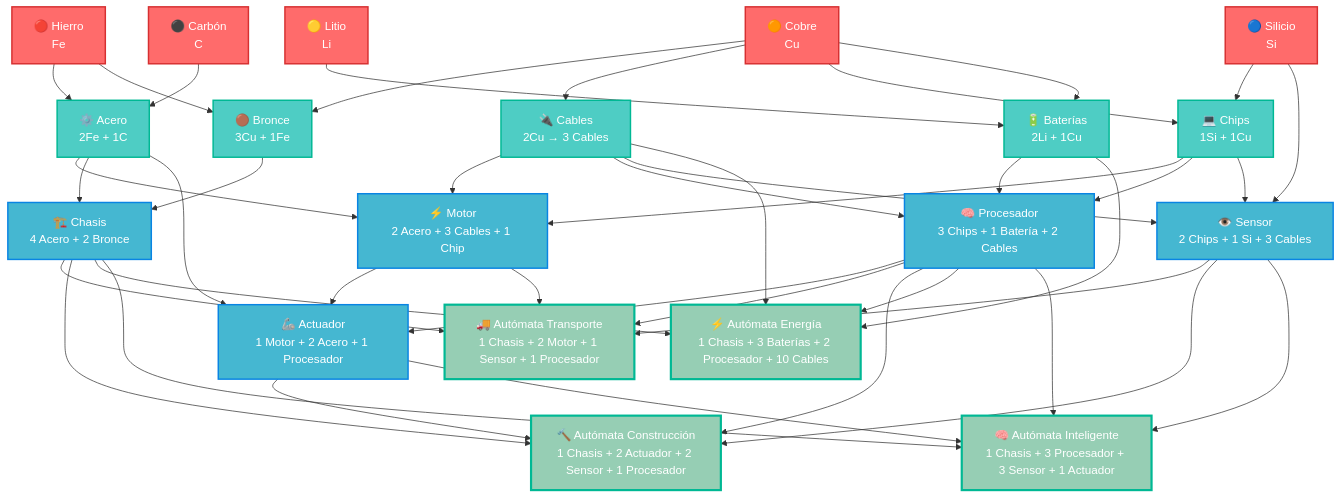
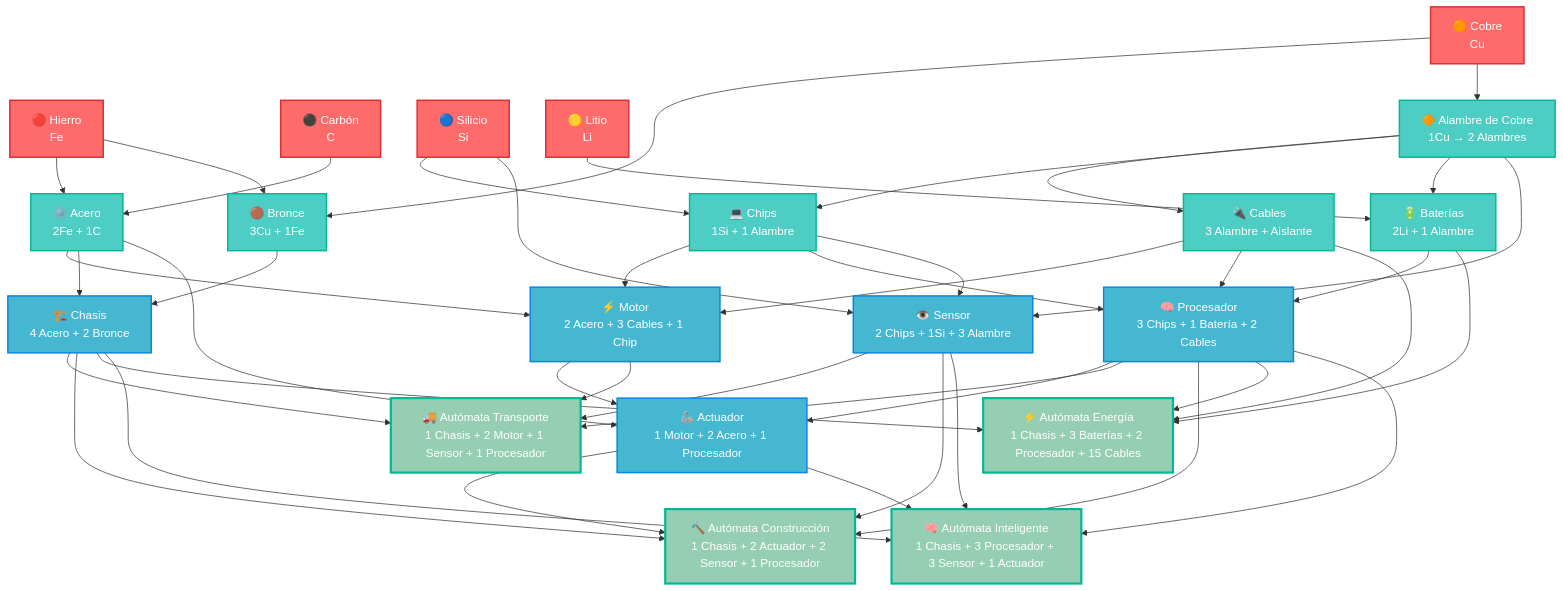
The first of 3 diagrams in docs/assets/materials-tree.md (dchaves80/Automata1.0), drawn with Mermaid before and after one commit. The commit also changed other lines of this file, not shown here.

Commit message:
🔧 Separate Copper Wire and Cables into distinct products: Updated materials transformation tree, production flow, economic values, and machine specifications - Enhanced production chain complexity and realism

````diff
--- a/docs/assets/materials-tree.md
+++ b/docs/assets/materials-tree.md
@@ -20,21 +20,22 @@
     %% Materiales Procesados (Tier 2)
     Acero[⚙️ Acero<br/>2Fe + 1C]
     Bronce[🟤 Bronce<br/>3Cu + 1Fe]
-    Cables[🔌 Cables<br/>2Cu → 3 Cables]
-    Chips[💻 Chips<br/>1Si + 1Cu]
-    Baterias[🔋 Baterías<br/>2Li + 1Cu]
+    AlambreCobre[🔶 Alambre de Cobre<br/>1Cu → 2 Alambres]
+    Cables[🔌 Cables<br/>3 Alambre + Aislante]
+    Chips[💻 Chips<br/>1Si + 1 Alambre]
+    Baterias[🔋 Baterías<br/>2Li + 1 Alambre]
     
     %% Componentes Avanzados (Tier 3)
     Motor[⚡ Motor<br/>2 Acero + 3 Cables + 1 Chip]
     Procesador[🧠 Procesador<br/>3 Chips + 1 Batería + 2 Cables]
     Chasis[🏗️ Chasis<br/>4 Acero + 2 Bronce]
-    Sensor[👁️ Sensor<br/>2 Chips + 1 Si + 3 Cables]
+    Sensor[👁️ Sensor<br/>2 Chips + 1Si + 3 Alambre]
     Actuador[🦾 Actuador<br/>1 Motor + 2 Acero + 1 Procesador]
     
     %% Autómatas (Tier 4)
     AutoTransporte[🚚 Autómata Transporte<br/>1 Chasis + 2 Motor + 1 Sensor + 1 Procesador]
     AutoConstruccion[🔨 Autómata Construcción<br/>1 Chasis + 2 Actuador + 2 Sensor + 1 Procesador]
-    AutoEnergia[⚡ Autómata Energía<br/>1 Chasis + 3 Baterías + 2 Procesador + 10 Cables]
+    AutoEnergia[⚡ Autómata Energía<br/>1 Chasis + 3 Baterías + 2 Procesador + 15 Cables]
     AutoInteligente[🧠 Autómata Inteligente<br/>1 Chasis + 3 Procesador + 3 Sensor + 1 Actuador]
     
     %% Conexiones Tier 1 → Tier 2
@@ -42,11 +43,12 @@
     C --> Acero
     Cu --> Bronce
     Fe --> Bronce
-    Cu --> Cables
+    Cu --> AlambreCobre
+    AlambreCobre --> Cables
     Si --> Chips
-    Cu --> Chips
+    AlambreCobre --> Chips
     Li --> Baterias
-    Cu --> Baterias
+    AlambreCobre --> Baterias
     
     %% Conexiones Tier 2 → Tier 3
     Acero --> Motor
@@ -59,7 +61,7 @@
     Bronce --> Chasis
     Chips --> Sensor
     Si --> Sensor
-    Cables --> Sensor
+    AlambreCobre --> Sensor
     Motor --> Actuador
     Acero --> Actuador
     Procesador --> Actuador
@@ -92,7 +94,7 @@
     classDef tier4 fill:#96ceb4,stroke:#00b894,stroke-width:3px,color:#fff
     
     class Fe,Cu,C,Si,Li tier1
-    class Acero,Bronce,Cables,Chips,Baterias tier2
+    class Acero,Bronce,AlambreCobre,Cables,Chips,Baterias tier2
     class Motor,Procesador,Chasis,Sensor,Actuador tier3
     class AutoTransporte,AutoConstruccion,AutoEnergia,AutoInteligente tier4
 ```
````
